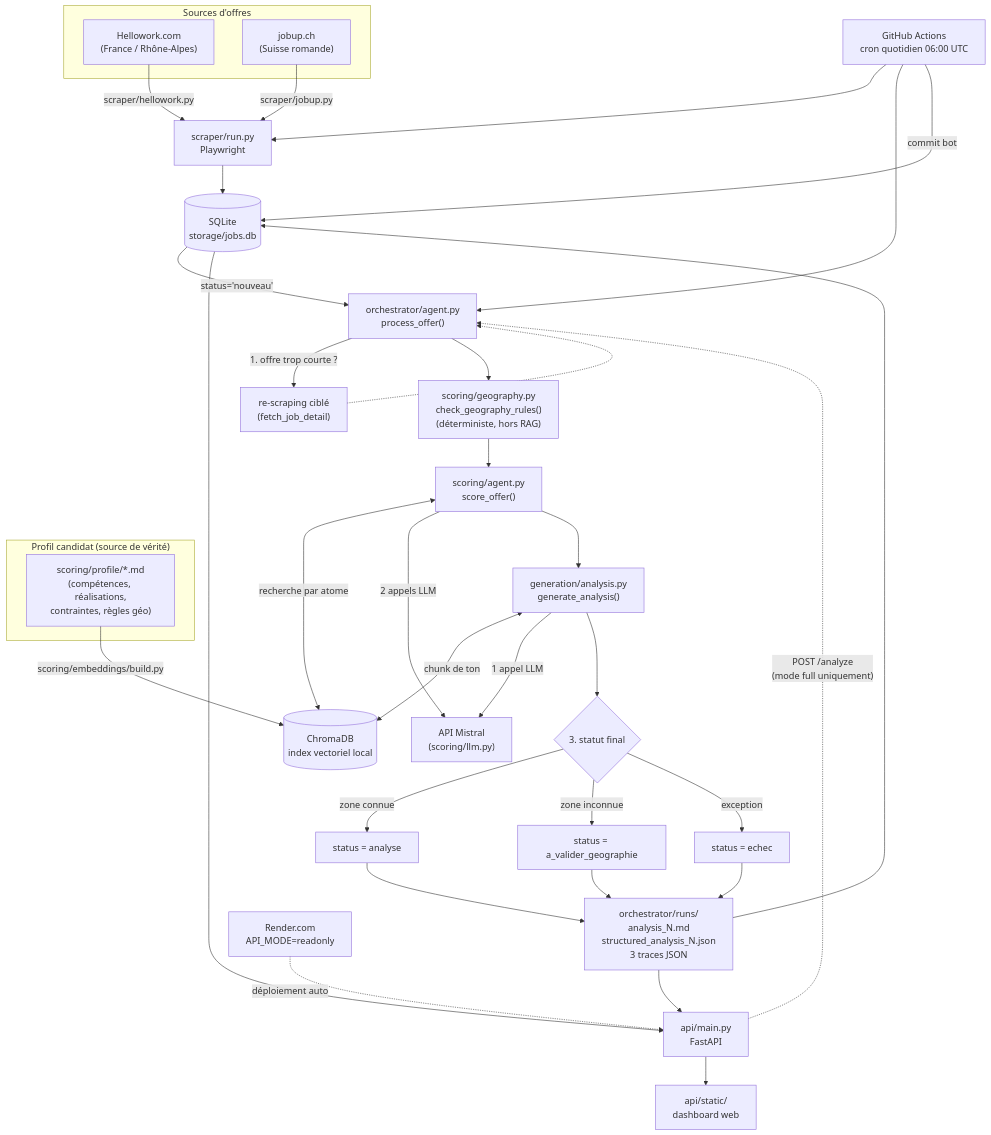
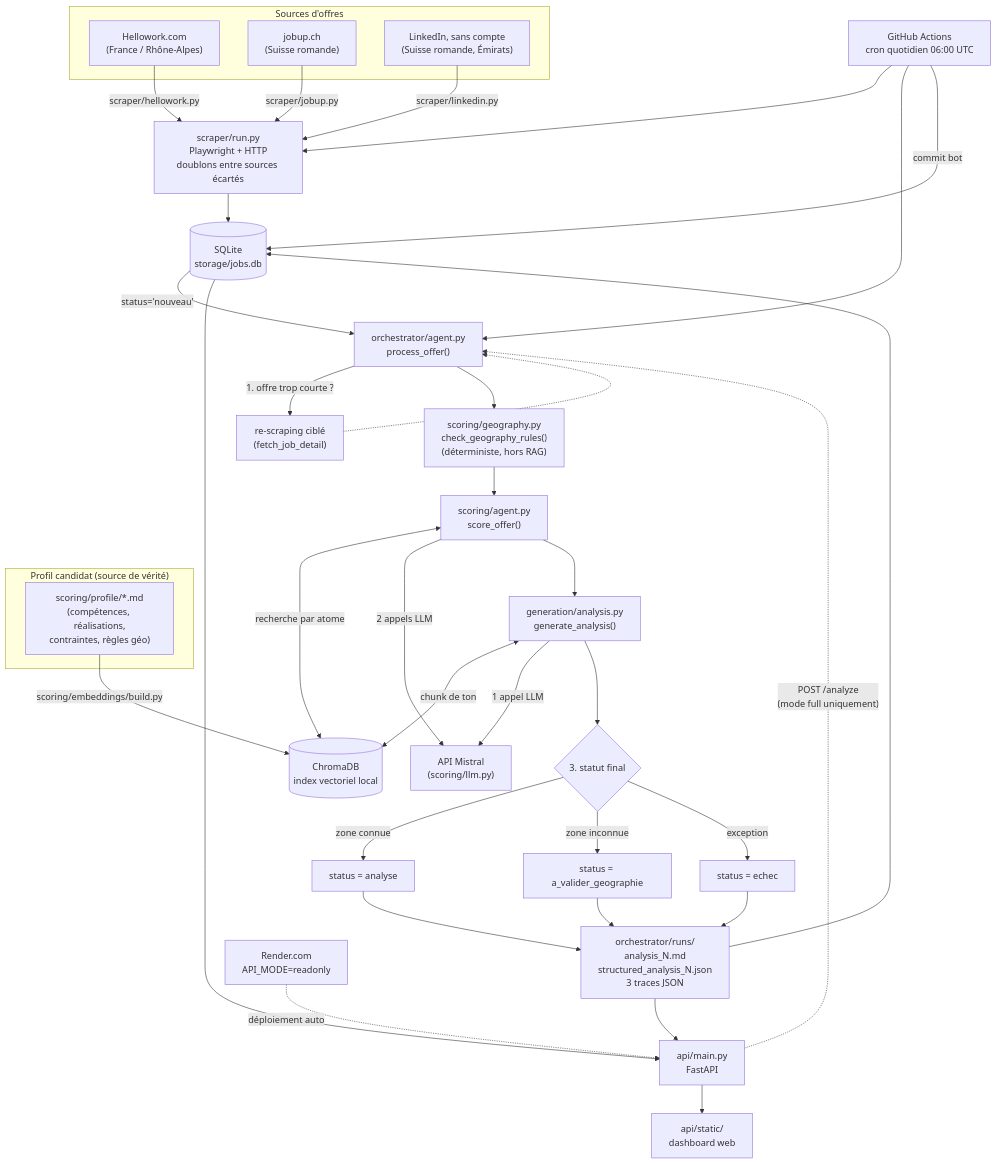
One commit to Ayreon69/job-agent changed the diagram in DOCUMENTATION.md. Above: the diagram before and after it, drawn with Mermaid. The commit also changed other lines of this file and 2 other files, not shown here.

Commit message:
docs: LinkedIn et doublons entre sources (DOCUMENTATION §4, §5.1, §5.1bis, §8, §9, §11, §13), session 19 au ROADMAP

````diff
--- a/DOCUMENTATION.md
+++ b/DOCUMENTATION.md
@@ -57,51 +57,53 @@
 ```mermaid
 flowchart TD
     subgraph Sources["Sources d'offres"]
         HW["Hellowork.com<br/>(France / Rhône-Alpes)"]
         JU["jobup.ch<br/>(Suisse romande)"]
+        LI["LinkedIn, sans compte<br/>(Suisse romande, Émirats)"]
     end
 
     HW -->|scraper/hellowork.py| SCR
     JU -->|scraper/jobup.py| SCR
-    SCR["scraper/run.py<br/>Playwright"] --> DB[("SQLite<br/>storage/jobs.db")]
+    LI -->|scraper/linkedin.py| SCR
+    SCR["scraper/run.py<br/>Playwright + HTTP<br/>doublons entre sources écartés"] --> DB[("SQLite<br/>storage/jobs.db")]
 
     subgraph Profil["Profil candidat (source de vérité)"]
         MD["scoring/profile/*.md<br/>(compétences, réalisations,<br/>contraintes, règles géo)"]
     end
     MD -->|scoring/embeddings/build.py| CHROMA[("ChromaDB<br/>index vectoriel local")]
 
     DB -->|"status='nouveau'"| ORCH["orchestrator/agent.py<br/>process_offer()"]
 
     ORCH -->|"1. offre trop courte ?"| RESCRAPE["re-scraping ciblé<br/>(fetch_job_detail)"]
     RESCRAPE -.-> ORCH
 
     ORCH --> GEO["scoring/geography.py<br/>check_geography_rules()<br/>(déterministe, hors RAG)"]
     GEO --> SCORE["scoring/agent.py<br/>score_offer()"]
     SCORE <-->|"recherche par atome"| CHROMA
     SCORE -->|"2 appels LLM"| MISTRAL["API Mistral<br/>(scoring/llm.py)"]
 
     SCORE --> GEN["generation/analysis.py<br/>generate_analysis()"]
     GEN <-->|"chunk de ton"| CHROMA
     GEN -->|"1 appel LLM"| MISTRAL
 
     GEN --> STATUS{"3. statut final"}
     STATUS -->|zone connue| ANALYSE["status = analyse"]
     STATUS -->|zone inconnue| VALID["status = a_valider_geographie"]
     STATUS -->|exception| ECHEC["status = echec"]
 
     ANALYSE --> OUT["orchestrator/runs/<br/>analysis_N.md<br/>structured_analysis_N.json<br/>3 traces JSON"]
     VALID --> OUT
     ECHEC --> OUT
     OUT --> DB
 
     DB --> API["api/main.py<br/>FastAPI"]
     OUT --> API
     API --> DASH["api/static/<br/>dashboard web"]
     API -.->|"POST /analyze<br/>(mode full uniquement)"| ORCH
 
     CRON["GitHub Actions<br/>cron quotidien 06:00 UTC"] --> SCR
     CRON --> ORCH
     CRON -->|"commit bot"| DB
 
     RENDER["Render.com<br/>API_MODE=readonly"] -.->|déploiement auto| API
 ```
````
